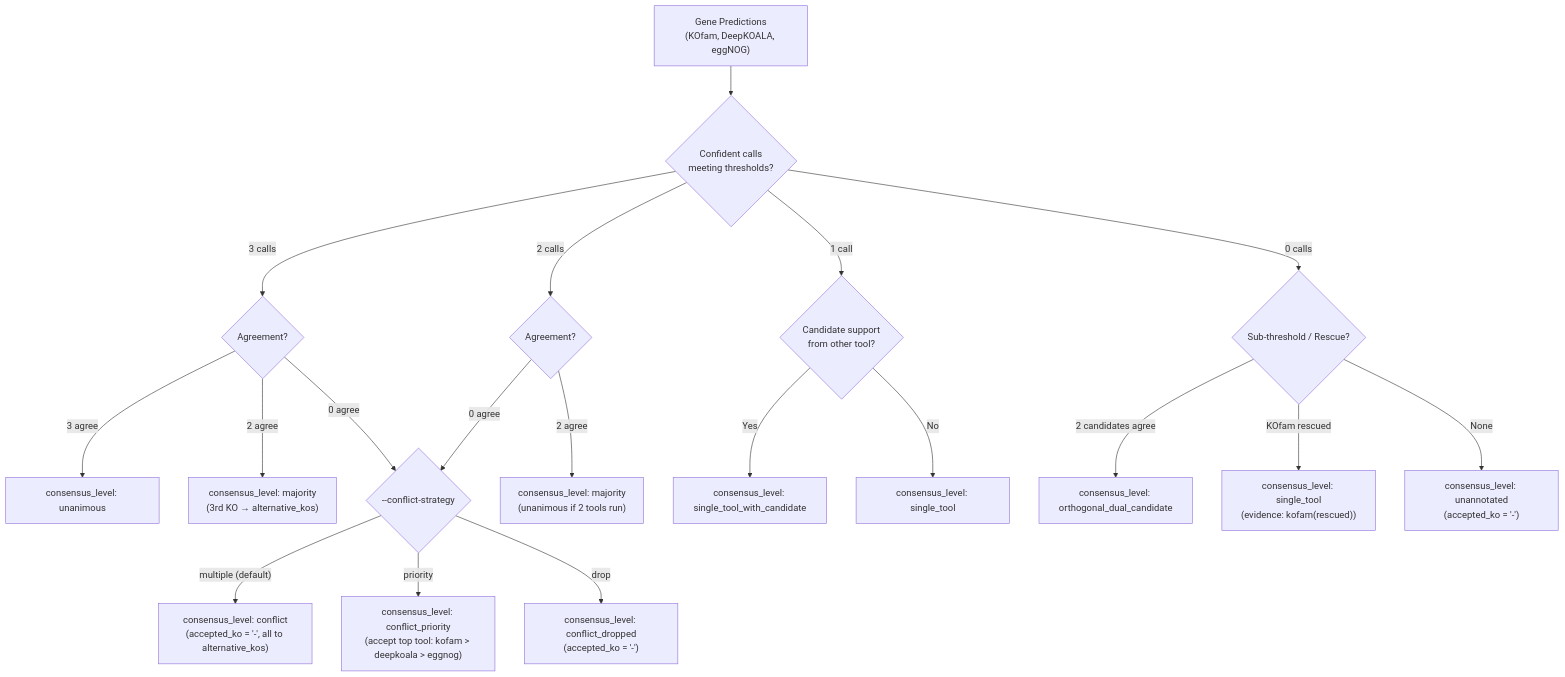
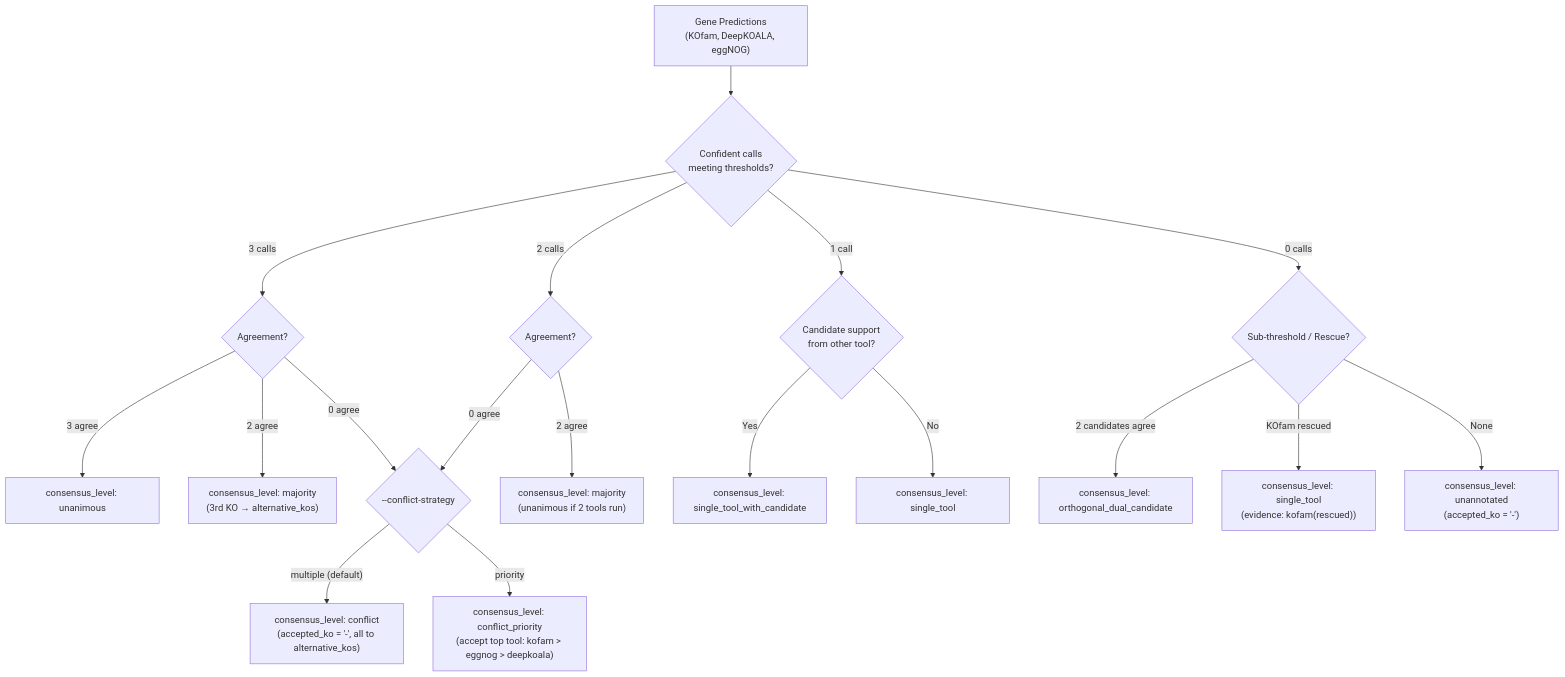
One commit to dylancronin/kolach changed the diagram in README.md. Above: the diagram before and after it, drawn with Mermaid. The commit also changed other lines of this file and 3 other files, not shown here.

````diff
--- a/README.md
+++ b/README.md
@@ -90,31 +89,30 @@
 ```mermaid
 flowchart TD
     Start["Gene Predictions<br/>(KOfam, DeepKOALA, eggNOG)"] --> Count{"Confident calls<br/>meeting thresholds?"}
 
     %% 3 calls
     Count -->|"3 calls"| C3{"Agreement?"}
     C3 -->|"3 agree"| Unanimous["consensus_level: unanimous"]
     C3 -->|"2 agree"| Majority["consensus_level: majority<br/>(3rd KO → alternative_kos)"]
     C3 -->|"0 agree"| Conflict{"--conflict-strategy"}
 
     %% 2 calls
     Count -->|"2 calls"| C2{"Agreement?"}
     C2 -->|"2 agree"| Maj2["consensus_level: majority<br/>(unanimous if 2 tools run)"]
     C2 -->|"0 agree"| Conflict
 
     %% Conflict resolution
     Conflict -->|"multiple (default)"| ConfM["consensus_level: conflict<br/>(accepted_ko = '-', all to alternative_kos)"]
-    Conflict -->|"priority"| ConfP["consensus_level: conflict_priority<br/>(accept top tool: kofam > deepkoala > eggnog)"]
-    Conflict -->|"drop"| ConfD["consensus_level: conflict_dropped<br/>(accepted_ko = '-')"]
+    Conflict -->|"priority"| ConfP["consensus_level: conflict_priority<br/>(accept top tool: kofam > eggnog > deepkoala)"]
 
     %% 1 call
     Count -->|"1 call"| C1{"Candidate support<br/>from other tool?"}
     C1 -->|"Yes"| SingleCand["consensus_level: single_tool_with_candidate"]
     C1 -->|"No"| Single["consensus_level: single_tool"]
 
     %% 0 calls
     Count -->|"0 calls"| C0{"Sub-threshold / Rescue?"}
     C0 -->|"2 candidates agree"| DualCand["consensus_level: orthogonal_dual_candidate"]
     C0 -->|"KOfam rescued"| Rescued["consensus_level: single_tool<br/>(evidence: kofam(rescued))"]
     C0 -->|"None"| Unannotated["consensus_level: unannotated<br/>(accepted_ko = '-')"]
 ```
````
